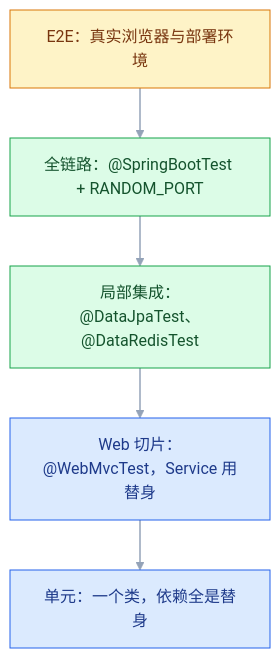
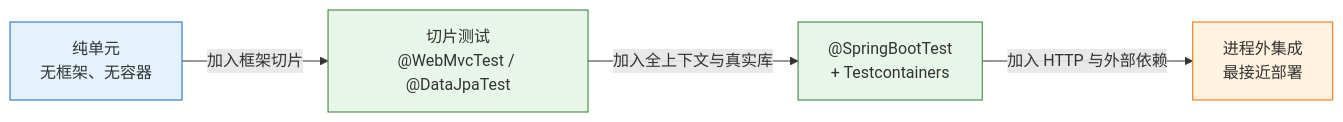
The first of 3 diagrams in blog/src/notes/06-测试/02-单元与集成测试/02-集成测试与数据库测试.md (jimbosuper/studynotes), drawn with Mermaid before and after one commit. The commit also changed other lines of this file and 367 other files, not shown here.

````diff
--- a/blog/src/notes/06-测试/02-单元与集成测试/02-集成测试与数据库测试.md
+++ b/blog/src/notes/06-测试/02-单元与集成测试/02-集成测试与数据库测试.md
@@ -531,12 +52,12 @@
 ```mermaid
-flowchart TD
-    classDef client fill:#DBEAFE,stroke:#2563EB,color:#1E3A8A
-    classDef service fill:#DCFCE7,stroke:#16A34A,color:#14532D
-    classDef data fill:#FEF3C7,stroke:#D97706,color:#78350F
-
-    E["E2E：真实浏览器与部署环境"]:::data --> F["全链路：@SpringBootTest + RANDOM_PORT"]:::service
-    F --> S["局部集成：@DataJpaTest、@DataRedisTest"]:::service
-    S --> W["Web 切片：@WebMvcTest，Service 用替身"]:::client
-    W --> U["单元：一个类，依赖全是替身"]:::client
-    linkStyle default stroke:#94A3B8,stroke-width:1.5px
+flowchart LR
+    U["纯单元<br/>无框架、无容器"] -->|"加入框架切片"| S["切片测试<br/>@WebMvcTest / @DataJpaTest"]
+    S -->|"加入全上下文与真实库"| F["@SpringBootTest<br/>+ Testcontainers"]
+    F -->|"加入 HTTP 与外部依赖"| O["进程外集成<br/>最接近部署"]
+    classDef client fill:#e3f2fd,stroke:#1565c0;
+    classDef engine fill:#e8f5e9,stroke:#2e7d32;
+    classDef image fill:#fff3e0,stroke:#ef6c00;
+    class U client
+    class S,F engine
+    class O image
 ```
````
